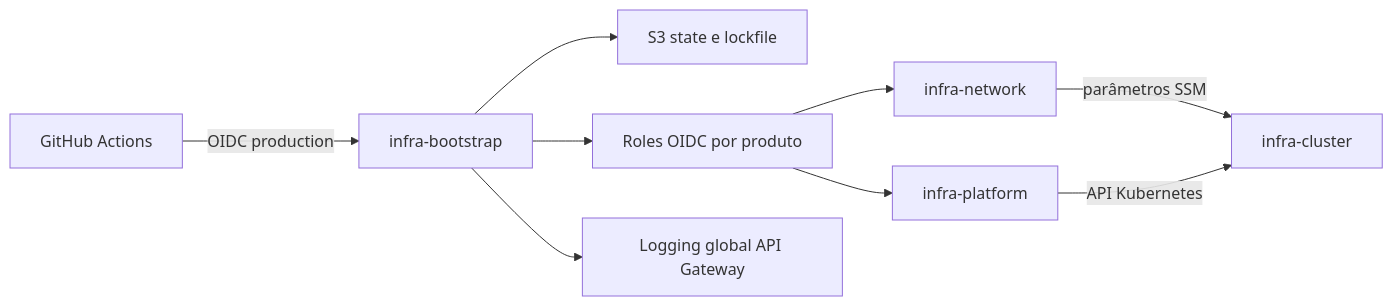
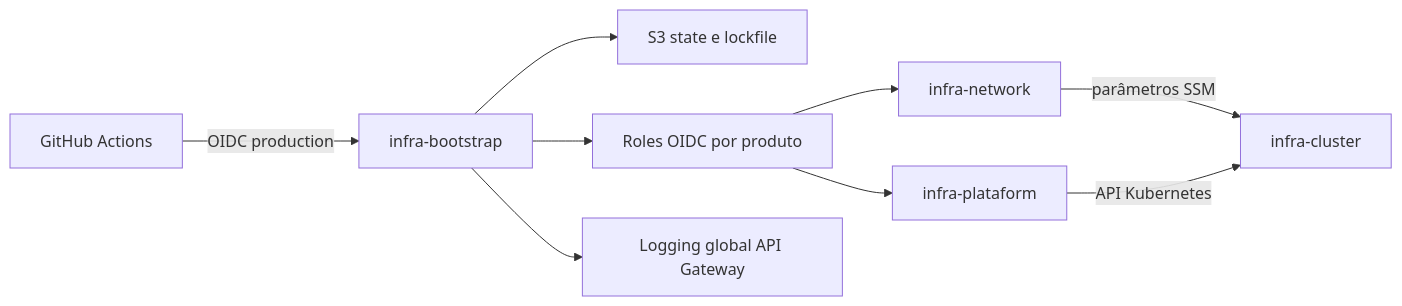
The diagram in README.md (AloisioBarbosa/infra-bootstrap), drawn with Mermaid before and after one commit. The commit also changed other lines of this file and 6 other files, not shown here.

Commit message:
fix: rename infra-plataform OIDC role

````diff
--- a/README.md
+++ b/README.md
@@ -31,11 +31,11 @@
 ```mermaid
 flowchart LR
   GH["GitHub Actions"] -->|"OIDC production"| B["infra-bootstrap"]
   B --> S3["S3 state e lockfile"]
   B --> IAM["Roles OIDC por produto"]
   B --> APIGW["Logging global API Gateway"]
   IAM --> N["infra-network"]
-  IAM --> P["infra-platform"]
+  IAM --> P["infra-plataform"]
   N -->|"parâmetros SSM"| C["infra-cluster"]
   P -->|"API Kubernetes"| C
 ```
````
